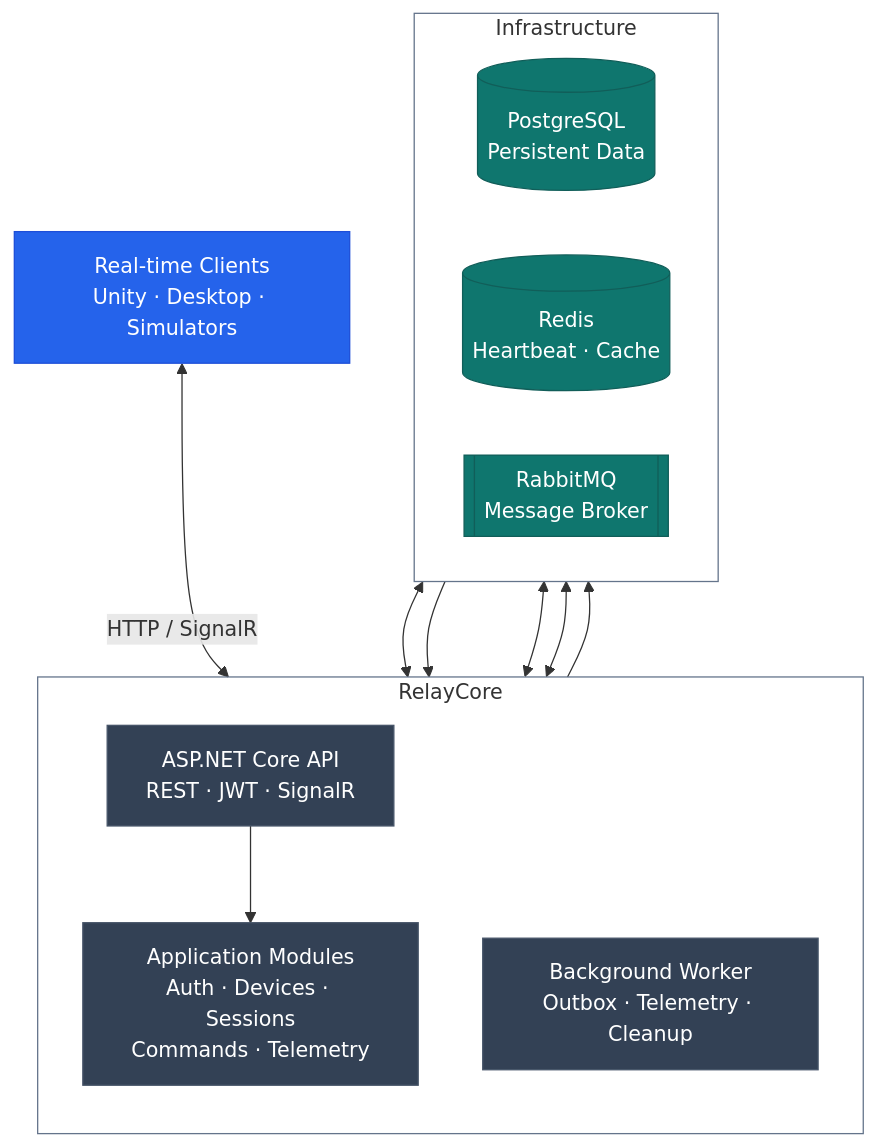
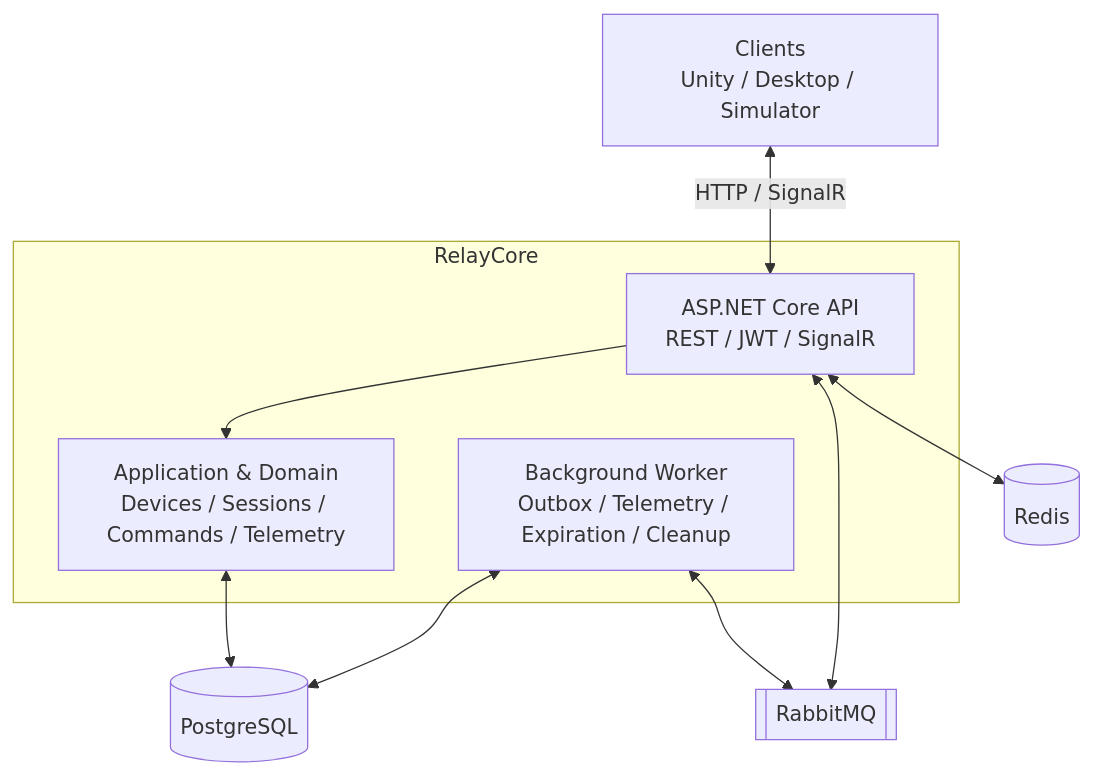
Before and after one commit to ogg17/RelayCore: the first of 2 diagrams in README.md, drawn with Mermaid. The commit also changed other lines of this file and 15 other files, not shown here.

````diff
--- a/README.md
+++ b/README.md
@@ -36,40 +42,22 @@
 ```mermaid
 flowchart TB
-    C["Real-time Clients<br/>Unity · Desktop · Simulators"]
+    CLIENT["Clients<br/>Unity / Desktop / Simulator"]
 
     subgraph APP["RelayCore"]
-        direction TB
-        API["ASP.NET Core API<br/>REST · JWT · SignalR"]
-        CORE["Application Modules<br/>Auth · Devices · Sessions<br/>Commands · Telemetry"]
-        WORKER["Background Worker<br/>Outbox · Telemetry · Cleanup"]
-
+        API["ASP.NET Core API<br/>REST / JWT / SignalR"]
+        CORE["Application & Domain<br/>Devices / Sessions / Commands / Telemetry"]
+        WORKER["Background Worker<br/>Outbox / Telemetry / Expiration / Cleanup"]
         API --> CORE
     end
 
-    subgraph INFRA["Infrastructure"]
-        direction LR
-        PG[("PostgreSQL<br/>Persistent Data")]
-        RD[("Redis<br/>Heartbeat · Cache")]
-        MQ[["RabbitMQ<br/>Message Broker"]]
-    end
+    PG[(PostgreSQL)]
+    REDIS[(Redis)]
+    MQ[[RabbitMQ]]
 
-    C <-->|HTTP / SignalR| API
-
+    CLIENT <-->|"HTTP / SignalR"| API
     CORE <--> PG
-    CORE <--> RD
-    CORE --> MQ
-
-    PG <--> WORKER
-    MQ --> WORKER
-
-    classDef client fill:#2563eb,stroke:#1d4ed8,color:#ffffff
-    classDef service fill:#334155,stroke:#475569,color:#ffffff
-    classDef storage fill:#0f766e,stroke:#115e59,color:#ffffff
-
-    class C client
-    class API,CORE,WORKER service
-    class PG,RD,MQ storage
-
-    style APP fill:none,stroke:#64748b,stroke-width:1px
-    style INFRA fill:none,stroke:#64748b,stroke-width:1px
+    API <--> REDIS
+    WORKER <--> PG
+    WORKER <--> MQ
+    API <--> MQ
 ```
````
